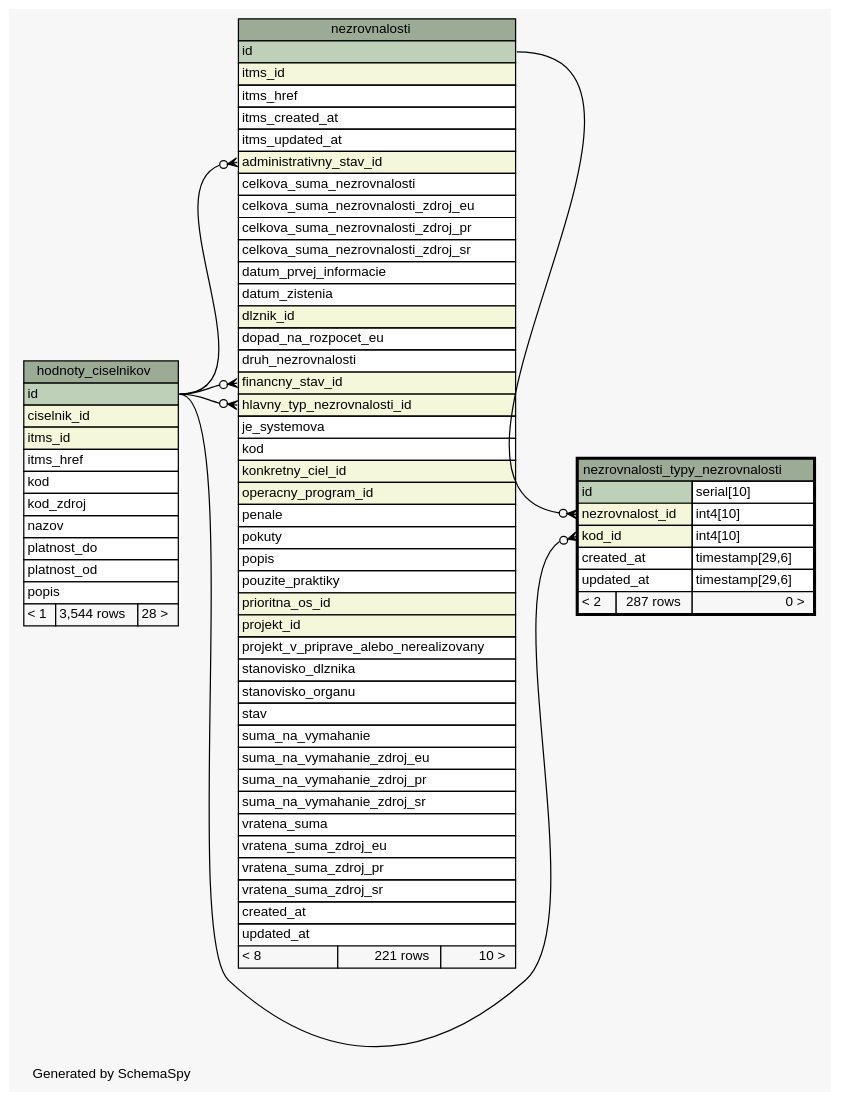
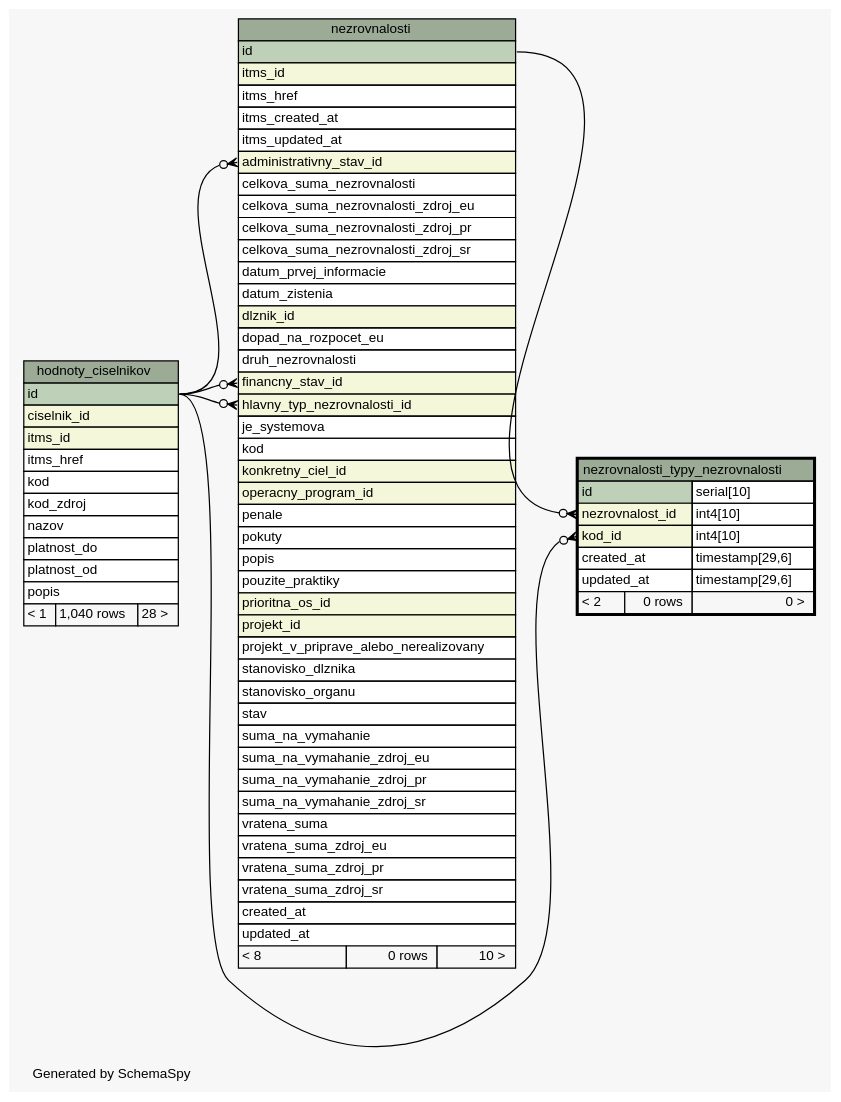
One commit to eronisko/itms_schema changed the diagram in diagrams/nezrovnalosti_typy_nezrovnalosti.1degree.dot. Above: the diagram before and after it, drawn with Graphviz. The commit also changed 473 other files, not shown here.

Commit message:
Reload schema data

```diff
--- a/diagrams/nezrovnalosti_typy_nezrovnalosti.1degree.dot
+++ b/diagrams/nezrovnalosti_typy_nezrovnalosti.1degree.dot
@@ -1,110 +1,110 @@
 // dot 2.38.0 on Linux 4.10.0-38-generic
 // SchemaSpy rev 590
 digraph "oneDegreeRelationshipsDiagram" {
   graph [
     rankdir="RL"
     bgcolor="#f7f7f7"
     label="\nGenerated by SchemaSpy"
     labeljust="l"
     nodesep="0.18"
     ranksep="0.46"
     fontname="Helvetica"
     fontsize="11"
   ];
   node [
     fontname="Helvetica"
     fontsize="11"
     shape="plaintext"
   ];
   edge [
     arrowsize="0.8"
   ];
   "nezrovnalosti":"administrativny_stav_id":w -> "hodnoty_ciselnikov":"id":e [arrowhead=none dir=back arrowtail=crowodot];
   "nezrovnalosti":"financny_stav_id":w -> "hodnoty_ciselnikov":"id":e [arrowhead=none dir=back arrowtail=crowodot];
   "nezrovnalosti":"hlavny_typ_nezrovnalosti_id":w -> "hodnoty_ciselnikov":"id":e [arrowhead=none dir=back arrowtail=crowodot];
   "nezrovnalosti_typy_nezrovnalosti":"kod_id":w -> "hodnoty_ciselnikov":"id":e [arrowhead=none dir=back arrowtail=crowodot];
   "nezrovnalosti_typy_nezrovnalosti":"nezrovnalost_id":w -> "nezrovnalosti":"id":e [arrowhead=none dir=back arrowtail=crowodot];
   "hodnoty_ciselnikov" [
     label=<
     <TABLE BORDER="0" CELLBORDER="1" CELLSPACING="0" BGCOLOR="#ffffff">
       <TR><TD COLSPAN="3" BGCOLOR="#9bab96" ALIGN="CENTER">hodnoty_ciselnikov</TD></TR>
       <TR><TD PORT="id" COLSPAN="3" BGCOLOR="#bed1b8" ALIGN="LEFT">id</TD></TR>
       <TR><TD PORT="ciselnik_id" COLSPAN="3" BGCOLOR="#f4f7da" ALIGN="LEFT">ciselnik_id</TD></TR>
       <TR><TD PORT="itms_id" COLSPAN="3" BGCOLOR="#f4f7da" ALIGN="LEFT">itms_id</TD></TR>
       <TR><TD PORT="itms_href" COLSPAN="3" ALIGN="LEFT">itms_href</TD></TR>
       <TR><TD PORT="kod" COLSPAN="3" ALIGN="LEFT">kod</TD></TR>
       <TR><TD PORT="kod_zdroj" COLSPAN="3" ALIGN="LEFT">kod_zdroj</TD></TR>
       <TR><TD PORT="nazov" COLSPAN="3" ALIGN="LEFT">nazov</TD></TR>
       <TR><TD PORT="platnost_do" COLSPAN="3" ALIGN="LEFT">platnost_do</TD></TR>
       <TR><TD PORT="platnost_od" COLSPAN="3" ALIGN="LEFT">platnost_od</TD></TR>
       <TR><TD PORT="popis" COLSPAN="3" ALIGN="LEFT">popis</TD></TR>
-      <TR><TD ALIGN="LEFT" BGCOLOR="#f7f7f7">&lt; 1</TD><TD ALIGN="RIGHT" BGCOLOR="#f7f7f7">3,544 rows</TD><TD ALIGN="RIGHT" BGCOLOR="#f7f7f7">28 &gt;</TD></TR>
+      <TR><TD ALIGN="LEFT" BGCOLOR="#f7f7f7">&lt; 1</TD><TD ALIGN="RIGHT" BGCOLOR="#f7f7f7">1,040 rows</TD><TD ALIGN="RIGHT" BGCOLOR="#f7f7f7">28 &gt;</TD></TR>
     </TABLE>>
     URL="hodnoty_ciselnikov.html"
     tooltip="hodnoty_ciselnikov"
   ];
   "nezrovnalosti" [
     label=<
     <TABLE BORDER="0" CELLBORDER="1" CELLSPACING="0" BGCOLOR="#ffffff">
       <TR><TD COLSPAN="3" BGCOLOR="#9bab96" ALIGN="CENTER">nezrovnalosti</TD></TR>
       <TR><TD PORT="id" COLSPAN="3" BGCOLOR="#bed1b8" ALIGN="LEFT">id</TD></TR>
       <TR><TD PORT="itms_id" COLSPAN="3" BGCOLOR="#f4f7da" ALIGN="LEFT">itms_id</TD></TR>
       <TR><TD PORT="itms_href" COLSPAN="3" ALIGN="LEFT">itms_href</TD></TR>
       <TR><TD PORT="itms_created_at" COLSPAN="3" ALIGN="LEFT">itms_created_at</TD></TR>
       <TR><TD PORT="itms_updated_at" COLSPAN="3" ALIGN="LEFT">itms_updated_at</TD></TR>
       <TR><TD PORT="administrativny_stav_id" COLSPAN="3" BGCOLOR="#f4f7da" ALIGN="LEFT">administrativny_stav_id</TD></TR>
       <TR><TD PORT="celkova_suma_nezrovnalosti" COLSPAN="3" ALIGN="LEFT">celkova_suma_nezrovnalosti</TD></TR>
       <TR><TD PORT="celkova_suma_nezrovnalosti_zdroj_eu" COLSPAN="3" ALIGN="LEFT">celkova_suma_nezrovnalosti_zdroj_eu</TD></TR>
       <TR><TD PORT="celkova_suma_nezrovnalosti_zdroj_pr" COLSPAN="3" ALIGN="LEFT">celkova_suma_nezrovnalosti_zdroj_pr</TD></TR>
       <TR><TD PORT="celkova_suma_nezrovnalosti_zdroj_sr" COLSPAN="3" ALIGN="LEFT">celkova_suma_nezrovnalosti_zdroj_sr</TD></TR>
       <TR><TD PORT="datum_prvej_informacie" COLSPAN="3" ALIGN="LEFT">datum_prvej_informacie</TD></TR>
       <TR><TD PORT="datum_zistenia" COLSPAN="3" ALIGN="LEFT">datum_zistenia</TD></TR>
       <TR><TD PORT="dlznik_id" COLSPAN="3" BGCOLOR="#f4f7da" ALIGN="LEFT">dlznik_id</TD></TR>
       <TR><TD PORT="dopad_na_rozpocet_eu" COLSPAN="3" ALIGN="LEFT">dopad_na_rozpocet_eu</TD></TR>
       <TR><TD PORT="druh_nezrovnalosti" COLSPAN="3" ALIGN="LEFT">druh_nezrovnalosti</TD></TR>
       <TR><TD PORT="financny_stav_id" COLSPAN="3" BGCOLOR="#f4f7da" ALIGN="LEFT">financny_stav_id</TD></TR>
       <TR><TD PORT="hlavny_typ_nezrovnalosti_id" COLSPAN="3" BGCOLOR="#f4f7da" ALIGN="LEFT">hlavny_typ_nezrovnalosti_id</TD></TR>
       <TR><TD PORT="je_systemova" COLSPAN="3" ALIGN="LEFT">je_systemova</TD></TR>
       <TR><TD PORT="kod" COLSPAN="3" ALIGN="LEFT">kod</TD></TR>
       <TR><TD PORT="konkretny_ciel_id" COLSPAN="3" BGCOLOR="#f4f7da" ALIGN="LEFT">konkretny_ciel_id</TD></TR>
       <TR><TD PORT="operacny_program_id" COLSPAN="3" BGCOLOR="#f4f7da" ALIGN="LEFT">operacny_program_id</TD></TR>
       <TR><TD PORT="penale" COLSPAN="3" ALIGN="LEFT">penale</TD></TR>
       <TR><TD PORT="pokuty" COLSPAN="3" ALIGN="LEFT">pokuty</TD></TR>
       <TR><TD PORT="popis" COLSPAN="3" ALIGN="LEFT">popis</TD></TR>
       <TR><TD PORT="pouzite_praktiky" COLSPAN="3" ALIGN="LEFT">pouzite_praktiky</TD></TR>
       <TR><TD PORT="prioritna_os_id" COLSPAN="3" BGCOLOR="#f4f7da" ALIGN="LEFT">prioritna_os_id</TD></TR>
       <TR><TD PORT="projekt_id" COLSPAN="3" BGCOLOR="#f4f7da" ALIGN="LEFT">projekt_id</TD></TR>
       <TR><TD PORT="projekt_v_priprave_alebo_nerealizovany" COLSPAN="3" ALIGN="LEFT">projekt_v_priprave_alebo_nerealizovany</TD></TR>
       <TR><TD PORT="stanovisko_dlznika" COLSPAN="3" ALIGN="LEFT">stanovisko_dlznika</TD></TR>
       <TR><TD PORT="stanovisko_organu" COLSPAN="3" ALIGN="LEFT">stanovisko_organu</TD></TR>
       <TR><TD PORT="stav" COLSPAN="3" ALIGN="LEFT">stav</TD></TR>
       <TR><TD PORT="suma_na_vymahanie" COLSPAN="3" ALIGN="LEFT">suma_na_vymahanie</TD></TR>
       <TR><TD PORT="suma_na_vymahanie_zdroj_eu" COLSPAN="3" ALIGN="LEFT">suma_na_vymahanie_zdroj_eu</TD></TR>
       <TR><TD PORT="suma_na_vymahanie_zdroj_pr" COLSPAN="3" ALIGN="LEFT">suma_na_vymahanie_zdroj_pr</TD></TR>
       <TR><TD PORT="suma_na_vymahanie_zdroj_sr" COLSPAN="3" ALIGN="LEFT">suma_na_vymahanie_zdroj_sr</TD></TR>
       <TR><TD PORT="vratena_suma" COLSPAN="3" ALIGN="LEFT">vratena_suma</TD></TR>
       <TR><TD PORT="vratena_suma_zdroj_eu" COLSPAN="3" ALIGN="LEFT">vratena_suma_zdroj_eu</TD></TR>
       <TR><TD PORT="vratena_suma_zdroj_pr" COLSPAN="3" ALIGN="LEFT">vratena_suma_zdroj_pr</TD></TR>
       <TR><TD PORT="vratena_suma_zdroj_sr" COLSPAN="3" ALIGN="LEFT">vratena_suma_zdroj_sr</TD></TR>
       <TR><TD PORT="created_at" COLSPAN="3" ALIGN="LEFT">created_at</TD></TR>
       <TR><TD PORT="updated_at" COLSPAN="3" ALIGN="LEFT">updated_at</TD></TR>
-      <TR><TD ALIGN="LEFT" BGCOLOR="#f7f7f7">&lt; 8</TD><TD ALIGN="RIGHT" BGCOLOR="#f7f7f7">221 rows</TD><TD ALIGN="RIGHT" BGCOLOR="#f7f7f7">10 &gt;</TD></TR>
+      <TR><TD ALIGN="LEFT" BGCOLOR="#f7f7f7">&lt; 8</TD><TD ALIGN="RIGHT" BGCOLOR="#f7f7f7">0 rows</TD><TD ALIGN="RIGHT" BGCOLOR="#f7f7f7">10 &gt;</TD></TR>
     </TABLE>>
     URL="nezrovnalosti.html"
     tooltip="nezrovnalosti"
   ];
   "nezrovnalosti_typy_nezrovnalosti" [
     label=<
     <TABLE BORDER="2" CELLBORDER="1" CELLSPACING="0" BGCOLOR="#ffffff">
       <TR><TD COLSPAN="3" BGCOLOR="#9bab96" ALIGN="CENTER">nezrovnalosti_typy_nezrovnalosti</TD></TR>
       <TR><TD PORT="id" COLSPAN="2" BGCOLOR="#bed1b8" ALIGN="LEFT">id</TD><TD PORT="id.type" ALIGN="LEFT">serial[10]</TD></TR>
       <TR><TD PORT="nezrovnalost_id" COLSPAN="2" BGCOLOR="#f4f7da" ALIGN="LEFT">nezrovnalost_id</TD><TD PORT="nezrovnalost_id.type" ALIGN="LEFT">int4[10]</TD></TR>
       <TR><TD PORT="kod_id" COLSPAN="2" BGCOLOR="#f4f7da" ALIGN="LEFT">kod_id</TD><TD PORT="kod_id.type" ALIGN="LEFT">int4[10]</TD></TR>
       <TR><TD PORT="created_at" COLSPAN="2" ALIGN="LEFT">created_at</TD><TD PORT="created_at.type" ALIGN="LEFT">timestamp[29,6]</TD></TR>
       <TR><TD PORT="updated_at" COLSPAN="2" ALIGN="LEFT">updated_at</TD><TD PORT="updated_at.type" ALIGN="LEFT">timestamp[29,6]</TD></TR>
-      <TR><TD ALIGN="LEFT" BGCOLOR="#f7f7f7">&lt; 2</TD><TD ALIGN="RIGHT" BGCOLOR="#f7f7f7">287 rows</TD><TD ALIGN="RIGHT" BGCOLOR="#f7f7f7">0 &gt;</TD></TR>
+      <TR><TD ALIGN="LEFT" BGCOLOR="#f7f7f7">&lt; 2</TD><TD ALIGN="RIGHT" BGCOLOR="#f7f7f7">0 rows</TD><TD ALIGN="RIGHT" BGCOLOR="#f7f7f7">0 &gt;</TD></TR>
     </TABLE>>
     URL="nezrovnalosti_typy_nezrovnalosti.html"
     tooltip="nezrovnalosti_typy_nezrovnalosti"
   ];
 }
```
